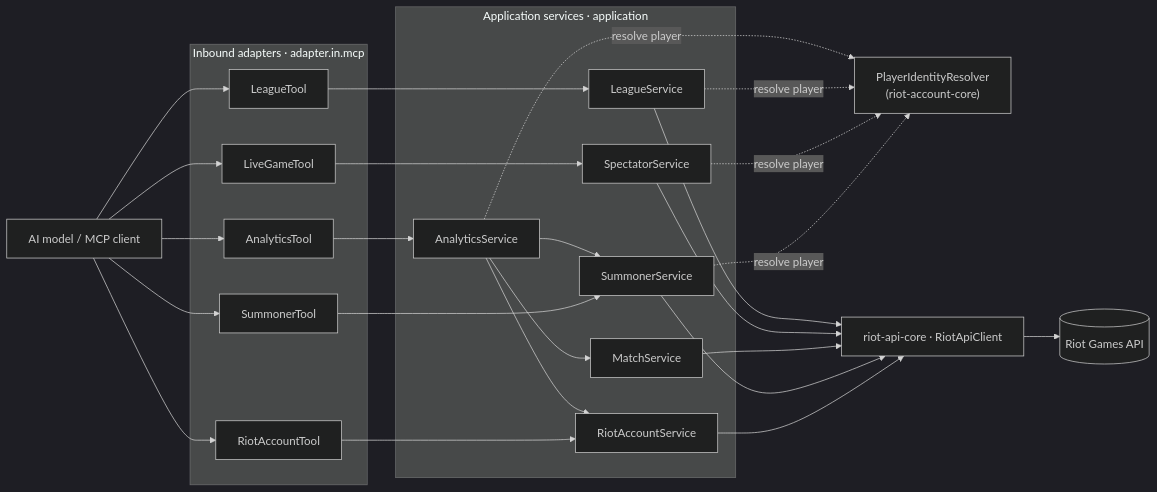
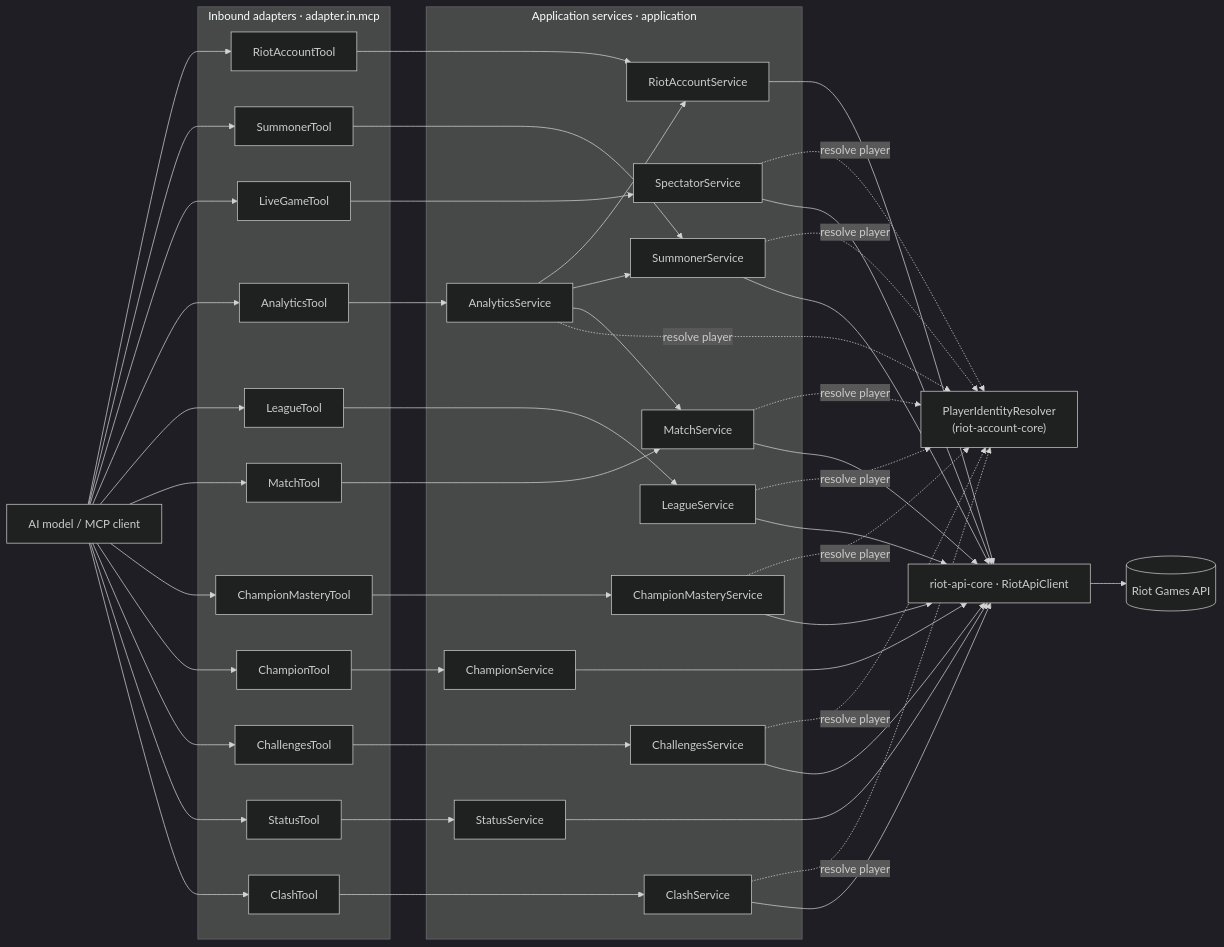
The diagram in lol-mcp-server/ARCHITECTURE.md (Muddl/riot-api-mcp-server), drawn with Mermaid (dark theme) before and after one commit. The commit also changed other lines of this file, not shown here.

````diff
--- a/lol-mcp-server/ARCHITECTURE.md
+++ b/lol-mcp-server/ARCHITECTURE.md
@@ -44,36 +47,53 @@
 ```mermaid
 flowchart LR
     AI["AI model / MCP client"]
 
     subgraph in["Inbound adapters · adapter.in.mcp"]
         AT["RiotAccountTool"]
         ST["SummonerTool"]
         LT["LiveGameTool"]
         NT["AnalyticsTool"]
         GT["LeagueTool"]
+        MT["MatchTool"]
+        CMT["ChampionMasteryTool"]
+        CPT["ChampionTool"]
+        CHT["ChallengesTool"]
+        STT["StatusTool"]
+        CLT["ClashTool"]
     end
 
     subgraph app["Application services · application"]
         AS["RiotAccountService"]
         SS["SummonerService"]
         MS["MatchService"]
         PS["SpectatorService"]
         NS["AnalyticsService"]
         GS["LeagueService"]
+        CMS["ChampionMasteryService"]
+        CPS["ChampionService"]
+        CHS["ChallengesService"]
+        STS["StatusService"]
+        CLS["ClashService"]
     end
 
     RES["PlayerIdentityResolver<br/>(riot-account-core)"]
     RC["riot-api-core · RiotApiClient"]
     RIOT[("Riot Games API")]
 
-    AI --> AT & ST & LT & NT & GT
+    AI --> AT & ST & LT & NT & GT & MT & CMT & CPT & CHT & STT & CLT
     AT --> AS
     ST --> SS
     LT --> PS
     NT --> NS
     GT --> GS
+    MT --> MS
+    CMT --> CMS
+    CPT --> CPS
+    CHT --> CHS
+    STT --> STS
+    CLT --> CLS
     NS --> AS & SS & MS
-    SS & PS & GS & NS -. resolve player .-> RES
-    AS & SS & MS & PS & GS --> RC
+    SS & PS & GS & NS & MS & CMS & CHS & CLS -. resolve player .-> RES
+    AS & SS & MS & PS & GS & CMS & CPS & CHS & STS & CLS --> RC
     RC --> RIOT
 ```
````
